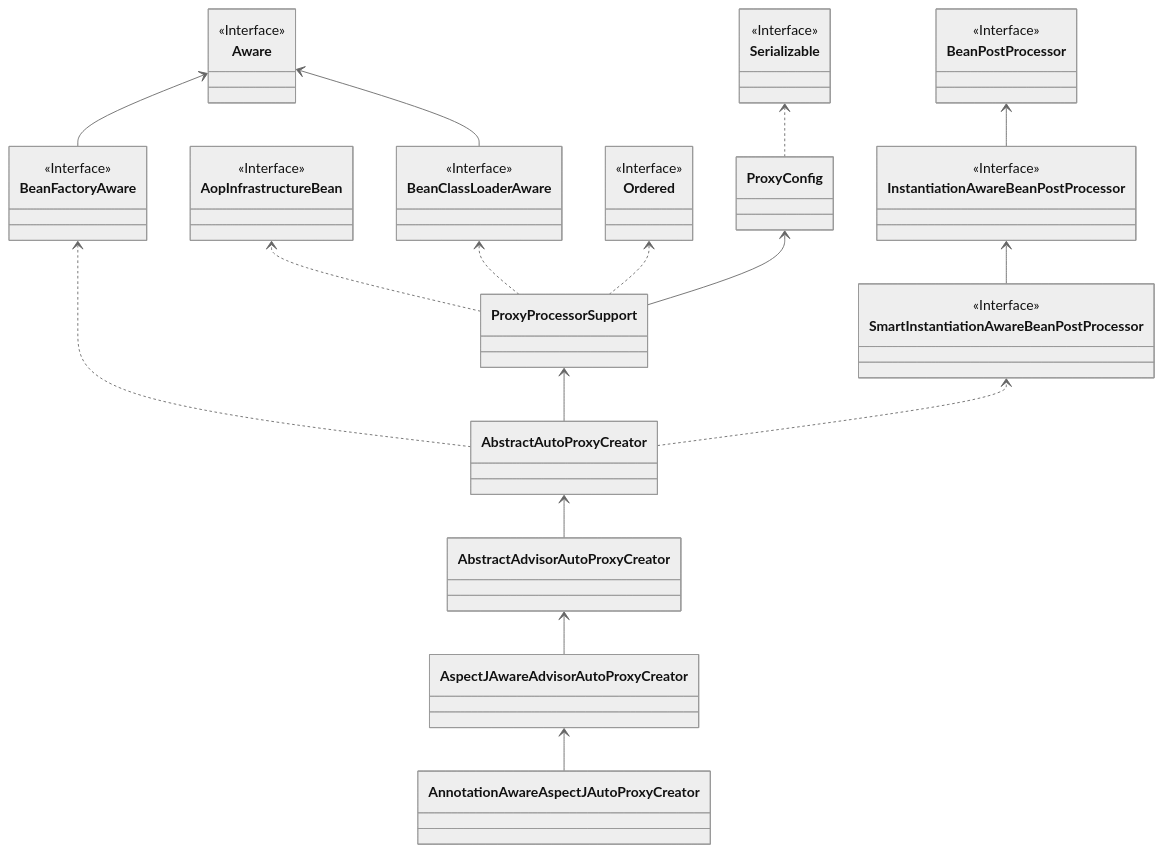
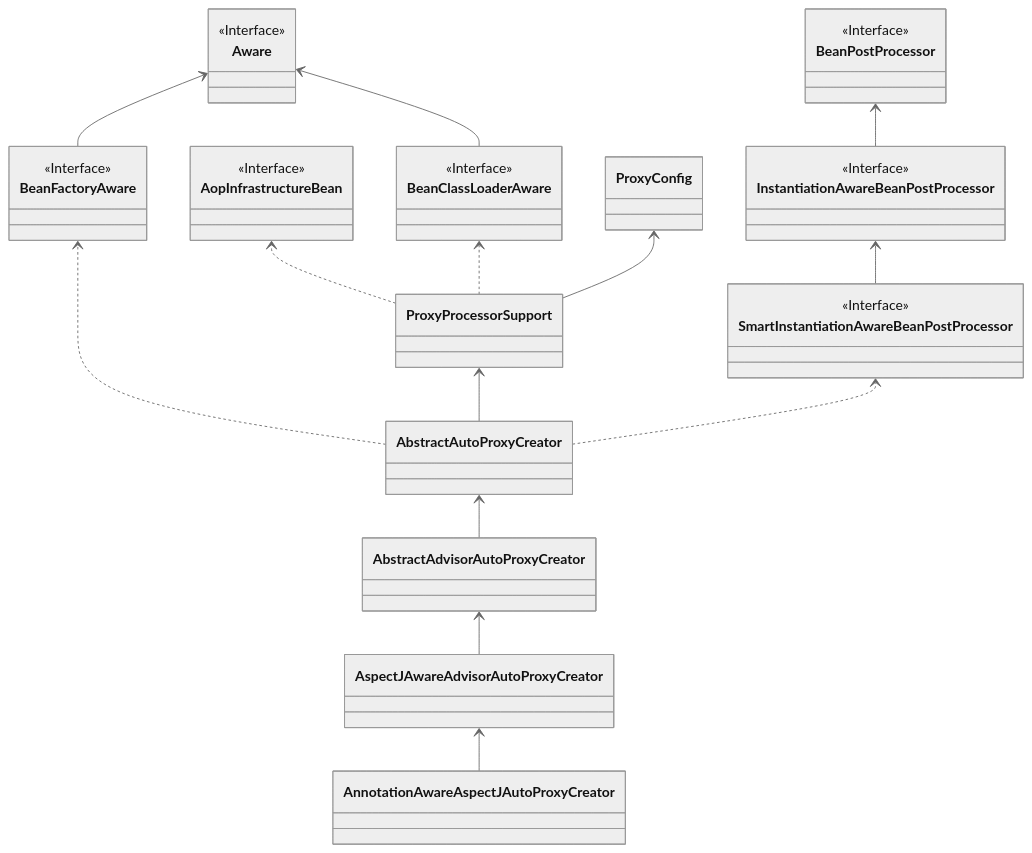
The first of 2 diagrams in spring-aop/spring-aop-annotationAwareAspectJAutoProxyCreator/README.md (xuchengsheng/spring-reading), drawn with Mermaid (neutral theme) before and after one commit. The commit also changed other lines of this file and 18 other files, not shown here.

```diff
--- a/spring-aop/spring-aop-annotationAwareAspectJAutoProxyCreator/README.md
+++ b/spring-aop/spring-aop-annotationAwareAspectJAutoProxyCreator/README.md
@@ -44,62 +44,52 @@
 ~~~mermaid
 classDiagram
 direction BT
 class AbstractAdvisorAutoProxyCreator
 class AbstractAutoProxyCreator
 class AnnotationAwareAspectJAutoProxyCreator
 class AopInfrastructureBean {
 <<Interface>>
 
 }
 class AspectJAwareAdvisorAutoProxyCreator
 class Aware {
 <<Interface>>
 
 }
 class BeanClassLoaderAware {
 <<Interface>>
 
 }
 class BeanFactoryAware {
 <<Interface>>
 
 }
 class BeanPostProcessor {
 <<Interface>>
 
 }
 class InstantiationAwareBeanPostProcessor {
 <<Interface>>
 
 }
-class Ordered {
-<<Interface>>
-
-}
 class ProxyConfig
 class ProxyProcessorSupport
-class Serializable {
-<<Interface>>
-
-}
 class SmartInstantiationAwareBeanPostProcessor {
 <<Interface>>
 
 }
 
 AbstractAdvisorAutoProxyCreator  -->  AbstractAutoProxyCreator 
 AbstractAutoProxyCreator  ..>  BeanFactoryAware 
 AbstractAutoProxyCreator  -->  ProxyProcessorSupport 
 AbstractAutoProxyCreator  ..>  SmartInstantiationAwareBeanPostProcessor 
 AnnotationAwareAspectJAutoProxyCreator  -->  AspectJAwareAdvisorAutoProxyCreator 
 AspectJAwareAdvisorAutoProxyCreator  -->  AbstractAdvisorAutoProxyCreator 
 BeanClassLoaderAware  -->  Aware 
 BeanFactoryAware  -->  Aware 
 InstantiationAwareBeanPostProcessor  -->  BeanPostProcessor 
-ProxyConfig  ..>  Serializable 
 ProxyProcessorSupport  ..>  AopInfrastructureBean 
 ProxyProcessorSupport  ..>  BeanClassLoaderAware 
-ProxyProcessorSupport  ..>  Ordered 
 ProxyProcessorSupport  -->  ProxyConfig 
 SmartInstantiationAwareBeanPostProcessor  -->  InstantiationAwareBeanPostProcessor 
 ~~~
```
